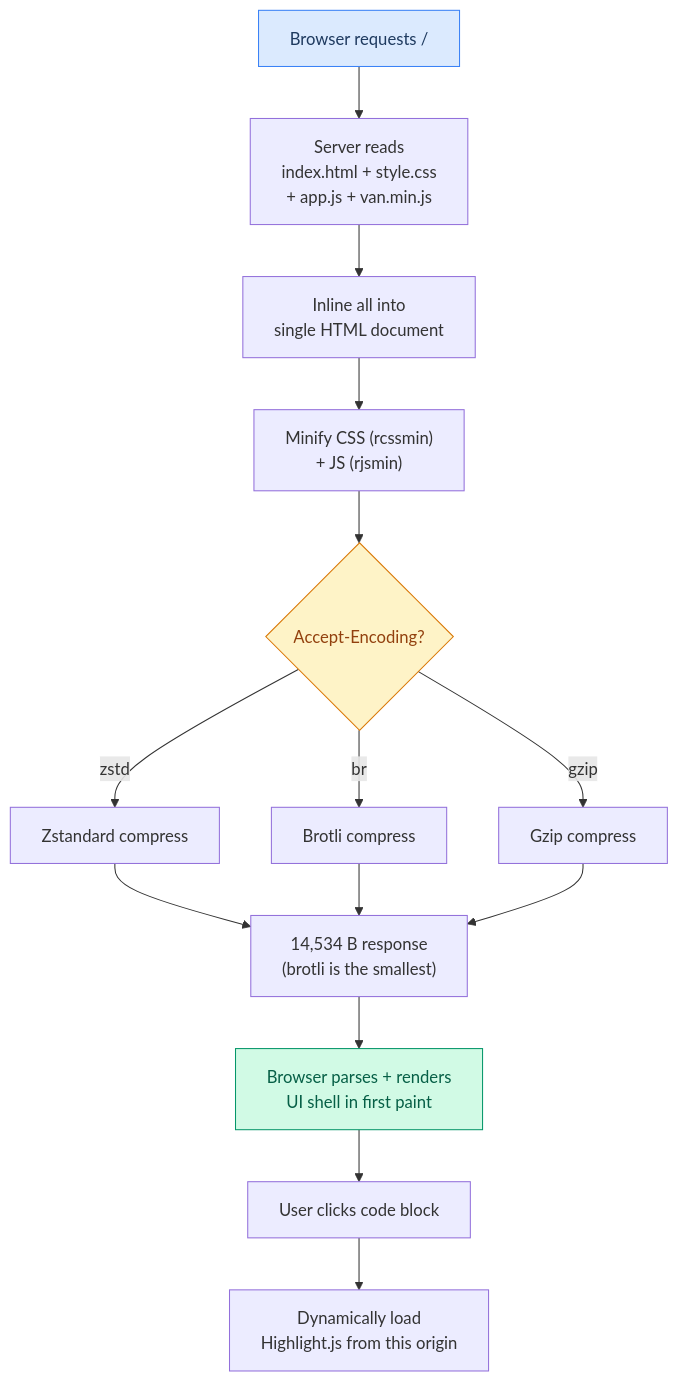
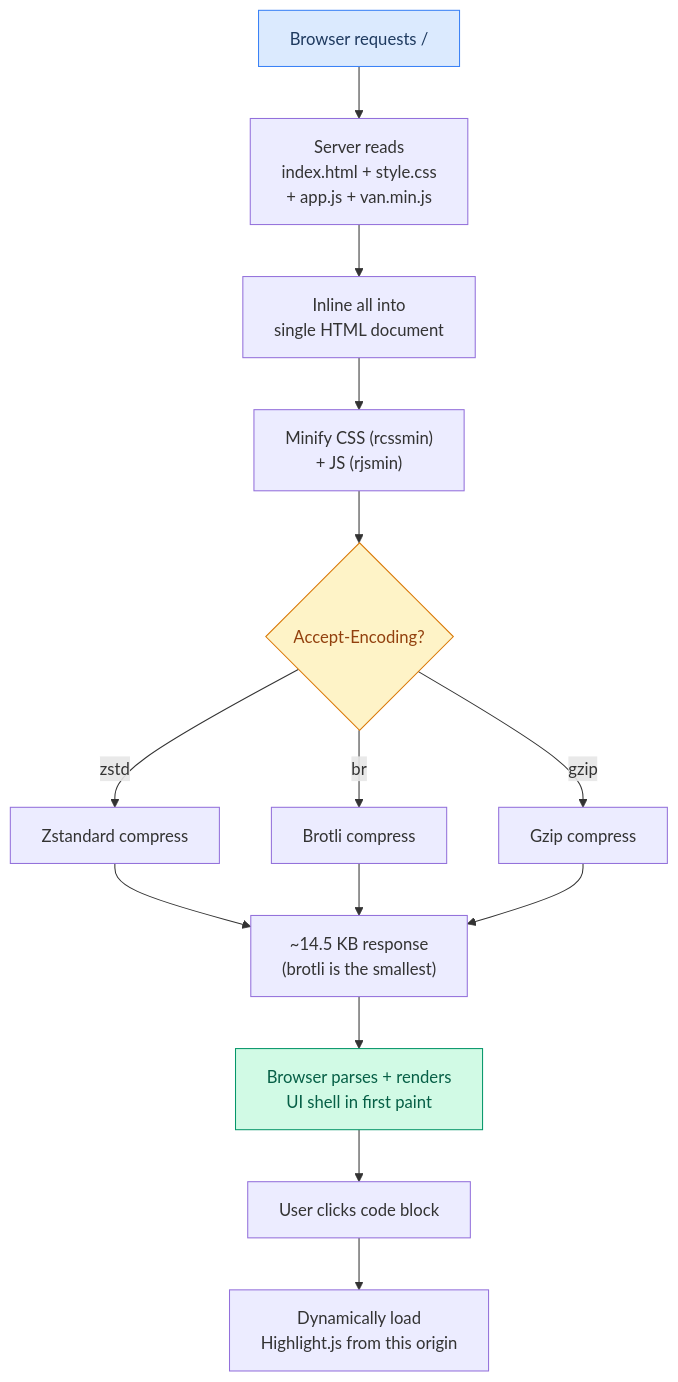
Before and after one commit to maci0/recoverage: diagram 16 of 17 in docs/USER_STORIES.md, drawn with Mermaid. The commit also changed other lines of this file and 10 other files, not shown here.

````diff
--- a/docs/USER_STORIES.md
+++ b/docs/USER_STORIES.md
@@ -507,21 +506,21 @@
 ```mermaid
 graph TD
     A["Browser requests /"] --> B["Server reads<br/>index.html + style.css<br/>+ app.js + van.min.js"]
     B --> C["Inline all into<br/>single HTML document"]
     C --> D["Minify CSS (rcssmin)<br/>+ JS (rjsmin)"]
     D --> E{"Accept-Encoding?"}
     E -->|zstd| F["Zstandard compress"]
     E -->|br| G["Brotli compress"]
     E -->|gzip| H["Gzip compress"]
-    F --> I["14,534 B response<br/>(brotli is the smallest)"]
+    F --> I["~14.5 KB response<br/>(brotli is the smallest)"]
     G --> I
     H --> I
     I --> J["Browser parses + renders<br/>UI shell in first paint"]
 
     J --> K["User clicks code block"]
     K --> L["Dynamically load<br/>Highlight.js from this origin"]
 
     style A fill:#dbeafe,stroke:#3b82f6,color:#1e3a5f
     style J fill:#d1fae5,stroke:#059669,color:#065f46
     style E fill:#fef3c7,stroke:#d97706,color:#92400e
 ```
````
